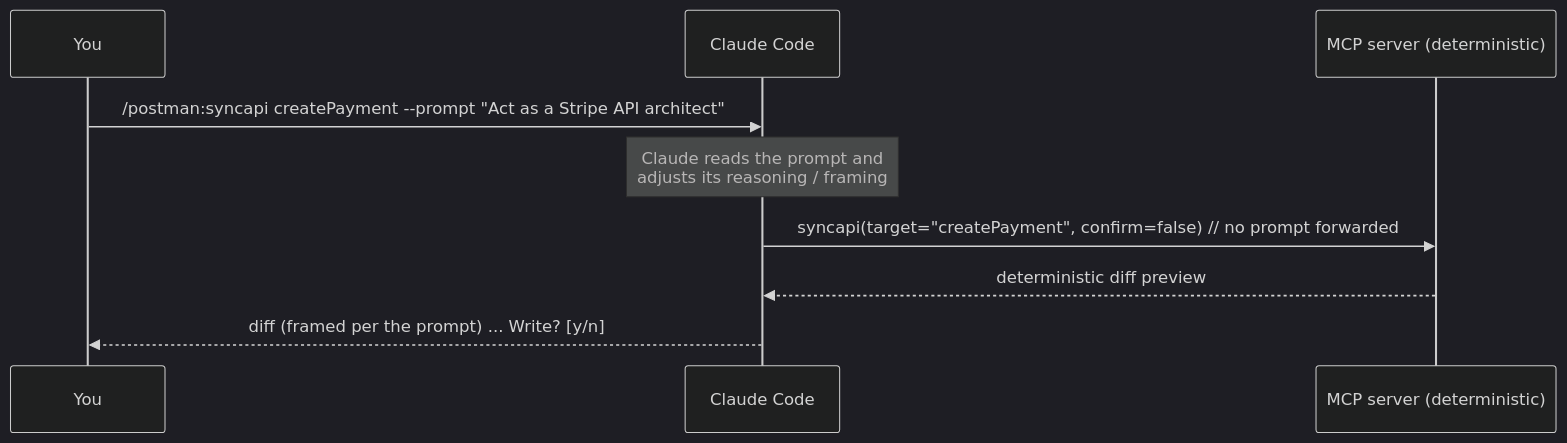
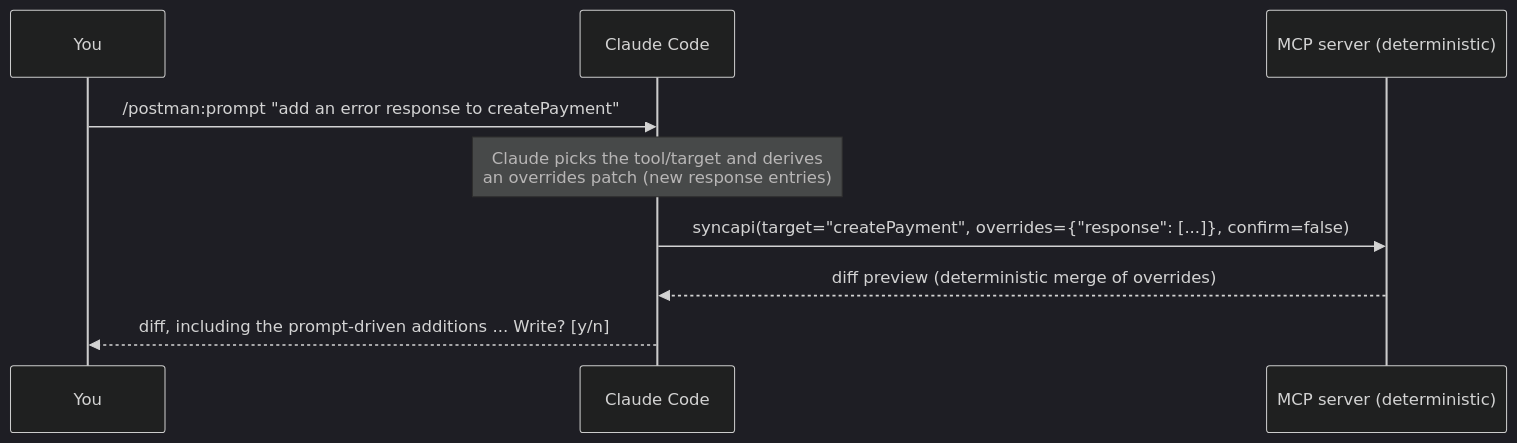
The second of 3 diagrams in docs/architecture/overview.md (logesh-works/postman-mcp), drawn with Mermaid (dark theme) before and after one commit. The commit also changed other lines of this file and 116 other files, not shown here.

````diff
--- a/docs/architecture/overview.md
+++ b/docs/architecture/overview.md
@@ -64,11 +69,11 @@
 ```mermaid
 sequenceDiagram
     participant You
     participant CC as Claude Code
     participant S as MCP server (deterministic)
-    You->>CC: /postman:syncapi createPayment --prompt "Act as a Stripe API architect"
-    Note over CC: Claude reads the prompt and<br/>adjusts its reasoning / framing
-    CC->>S: syncapi(target="createPayment", confirm=false)  // no prompt forwarded
-    S-->>CC: deterministic diff preview
-    CC-->>You: diff (framed per the prompt) ... Write? [y/n]
+    You->>CC: /postman:prompt "add an error response to createPayment"
+    Note over CC: Claude picks the tool/target and derives<br/>an overrides patch (new response entries)
+    CC->>S: syncapi(target="createPayment", overrides={"response": [...]}, confirm=false)
+    S-->>CC: diff preview (deterministic merge of overrides)
+    CC-->>You: diff, including the prompt-driven additions ... Write? [y/n]
 ```
````
